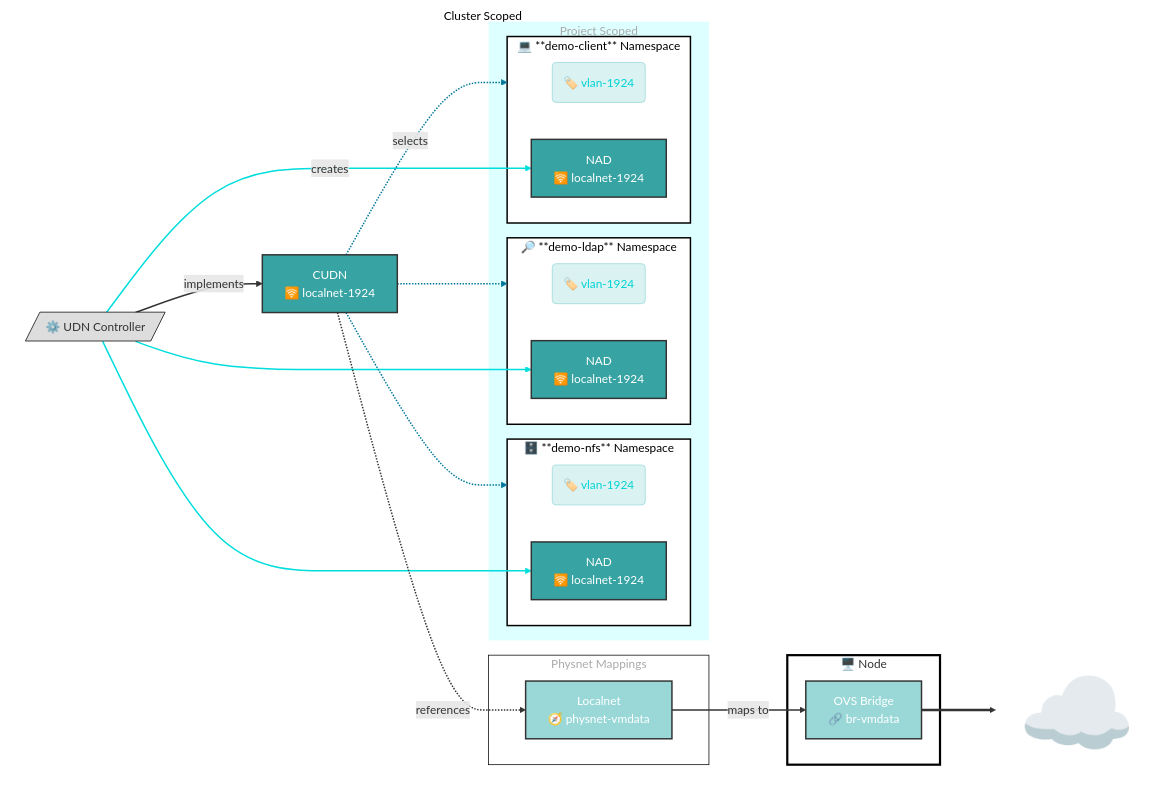
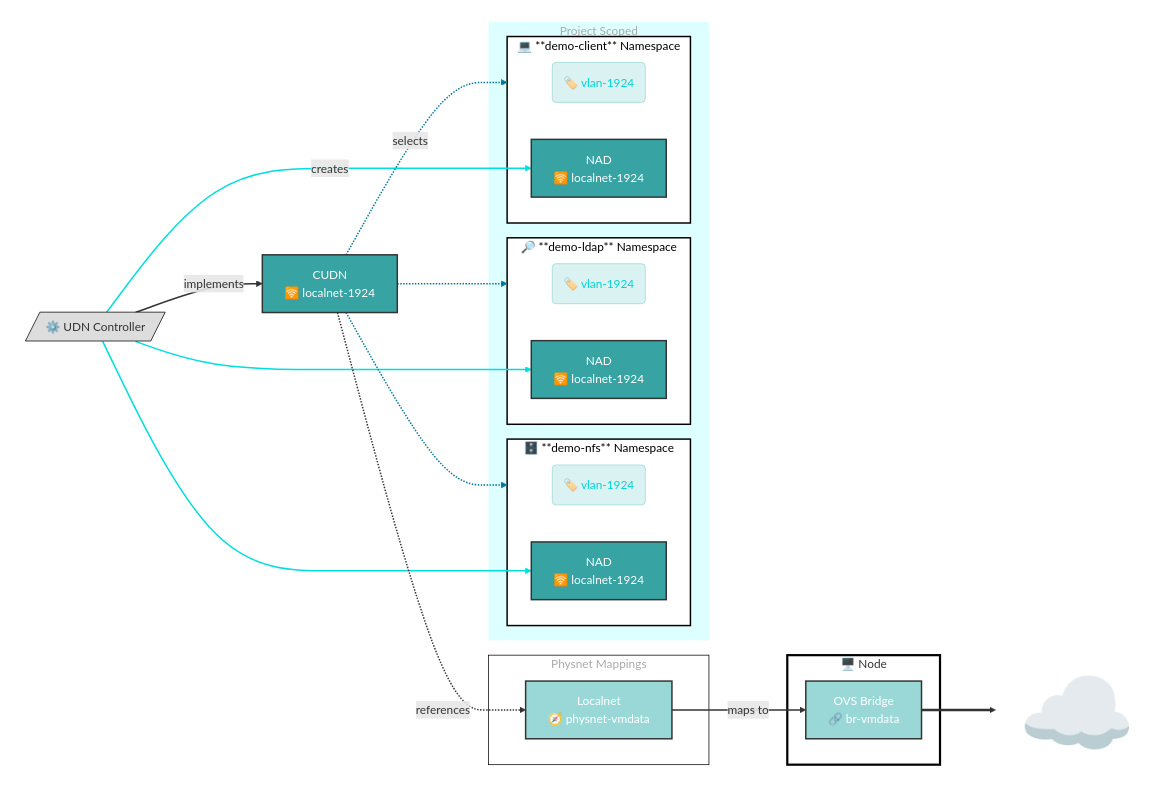
The seventh of 9 diagrams in README.md (dlbewley/demo-rhone-26), drawn with Mermaid before and after one commit. The commit also changed other lines of this file and 42 other files, not shown here.

````diff
--- a/README.md
+++ b/README.md
@@ -381,77 +381,77 @@
 ```mermaid
 graph LR;
-    subgraph Cluster["Cluster Scoped"]
+    subgraph Cluster[" "]
         udn-localnet-1924["CUDN<br>️🛜  localnet-1924"]:::udn-localnet-1924
         udn-controller[/"⚙️ UDN Controller"/]
 
       subgraph Localnets["Physnet Mappings"]
         physnet-vmdata[Localnet<br> 🧭 physnet-vmdata]:::nad-1924;
       end
 
 
       subgraph Project["Project Scoped"]
         subgraph ns-nfs["🗄️ **demo-nfs** Namespace"]
           label-nfs("🏷️ vlan-1924"):::labels;
           nad-1924-nfs[NAD<br> 🛜 localnet-1924];
         end
 
         subgraph ns-ldap["🔎 **demo-ldap** Namespace"]
           label-ldap("🏷️ vlan-1924"):::labels;
           nad-1924-ldap[NAD<br> 🛜 localnet-1924]:::nad-1924;
         end
 
         subgraph ns-client["💻 **demo-client** Namespace"]
           label-client("🏷️ vlan-1924"):::labels;
           nad-1924-client[NAD<br> 🛜 localnet-1924]:::nad-1924;
         end
       end
       subgraph node1["🖥️ Node "]
         br-vmdata[ OVS Bridge<br> 🔗 br-vmdata]:::vlan-1924;
       end
     end
 
     udn-localnet-1924 -. selects .-> ns-client
     udn-localnet-1924 -.-> ns-ldap
     udn-localnet-1924 -.-> ns-nfs
 
     linkStyle 0,1,2 stroke:#007799,stroke-width:2px;
 
     udn-controller --creates--> nad-1924-client
     udn-controller ---> nad-1924-nfs
     udn-controller ---> nad-1924-ldap
 
     linkStyle 3,4,5 stroke:#00dddd,stroke-width:2px;
 
     udn-controller == implements ==> udn-localnet-1924
     udn-localnet-1924 -. references .-> physnet-vmdata
     physnet-vmdata -- maps to --> br-vmdata
 
     linkStyle 6,7,8 stroke-width:2px;
 
     Internet["☁️ "]:::Internet
     br-vmdata ==> Internet
 
     classDef cudn fill:#37A3A3,color:#fff,stroke:#333,stroke-width:2px
     class udn-localnet-1924 cudn
 
     classDef bond1 fill:#9ad8d8,color:#fff,stroke:#333,stroke-width:2px
     class br-vmdata,physnet-vmdata bond1
 
     classDef labels stroke-width:1px,stroke:#9ad8d8,color:#00d4d4,fill:#daf2f2;
     classDef networks fill:#cdd,stroke-width:0px;
 
     style udn-controller fill:#ddd,stroke:#000,stroke-width:1px;
     style node1 fill:#fff,stroke:#000,stroke-width:3px;
     style Localnets fill:#fff,color:#aaa,stroke:#000,stroke-width:1px
     style Cluster color:#000,fill:#fff,stroke:#333,stroke-width:0px;
     style Project color:#aaa,fill:#dff,stroke:#333,stroke-width:0px
     style Internet fill:none,stroke-width:0px,font-size:+2em;
 
     classDef nodes stroke-width:3px;
     class node1,node2,node3 nodes;
     classDef namespace color:#000,fill:#fff,stroke:#000,stroke-width:2px;
     class ns-nfs,ns-client,ns-ldap namespace;
 
     classDef nad-1924 fill:#37a3a3,color:#004d4d,stroke:#333,stroke-width:1px;
     class nad-1924-client,nad-1924-ldap,nad-1924-nfs,udn-localnet-1924 cudn;
 ```
````
